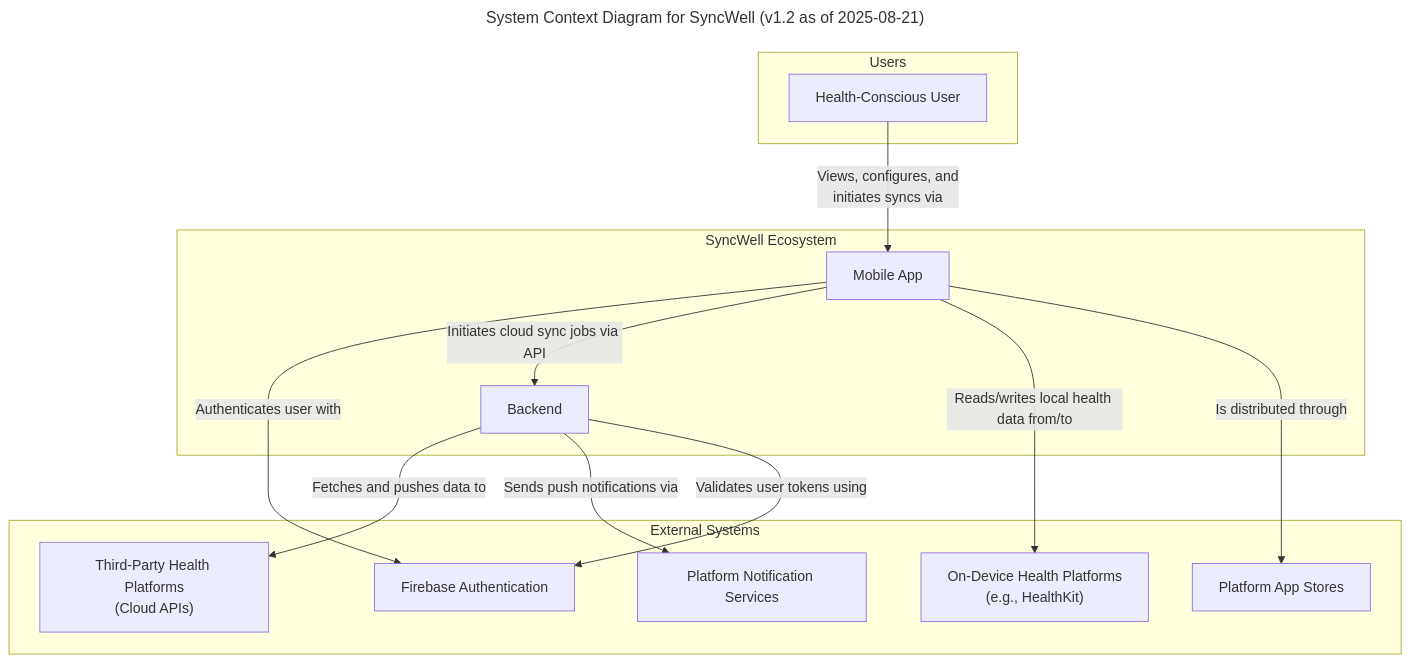
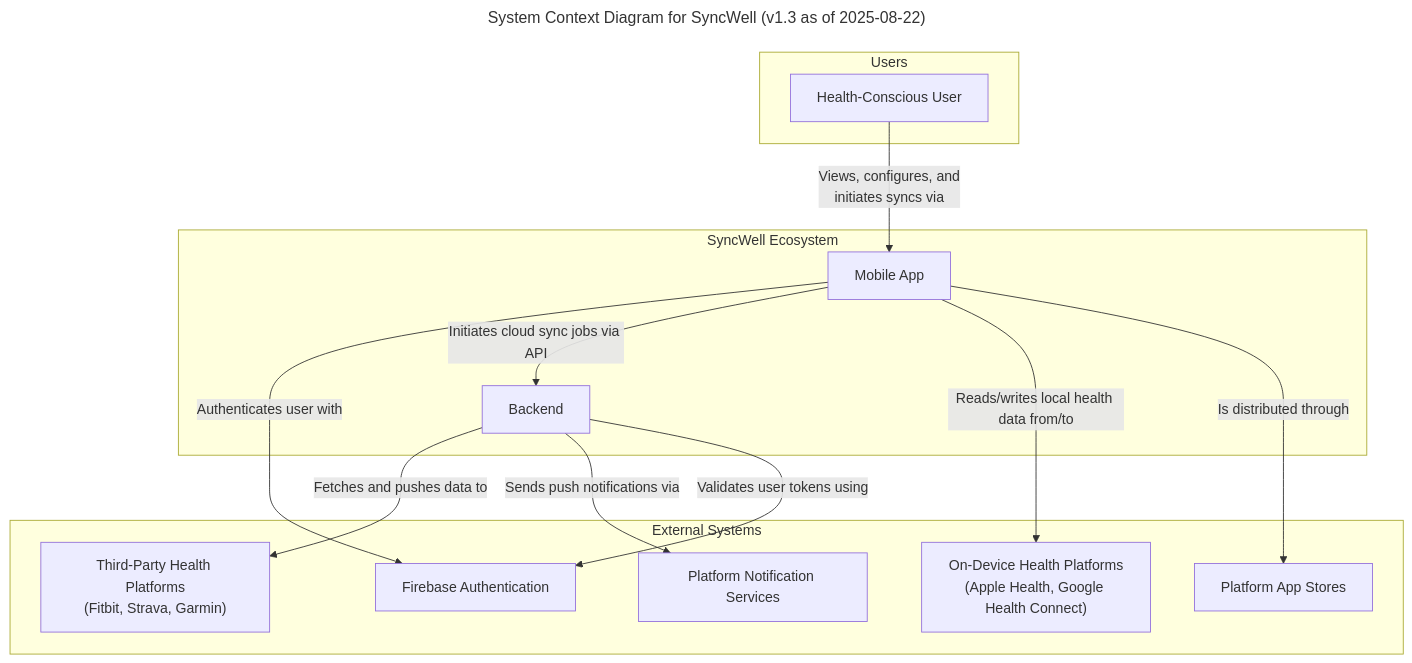
One commit to dino10bit/healthsync changed the fifth of 11 diagrams in docs/architecture/06-technical-architecture.md. Above: the diagram before and after it, drawn with Mermaid. The commit also changed other lines of this file and 35 other files, not shown here.

````diff
--- a/docs/architecture/06-technical-architecture.md
+++ b/docs/architecture/06-technical-architecture.md
@@ -985,31 +1034,31 @@
 ```mermaid
 ---
-title: "System Context Diagram for SyncWell (v1.2 as of 2025-08-21)"
+title: "System Context Diagram for SyncWell (v1.3 as of 2025-08-22)"
 ---
 graph TD
     subgraph SyncWell Ecosystem
         A[Mobile App]
         B[Backend]
     end
 
     subgraph Users
         C[Health-Conscious User]
     end
 
     subgraph External Systems
-        D["Third-Party Health Platforms<br>(Cloud APIs)"]
-        D2["On-Device Health Platforms<br>(e.g., HealthKit)"]
+        D["Third-Party Health Platforms<br>(Fitbit, Strava, Garmin)"]
+        D2["On-Device Health Platforms<br>(Apple Health, Google Health Connect)"]
         E[Platform App Stores]
         F[Platform Notification Services]
         G[Firebase Authentication]
     end
 
     C -- "Views, configures, and<br>initiates syncs via" --> A
     A -- "Authenticates user with" --> G
     A -- "Initiates cloud sync jobs via API" --> B
     A -- "Reads/writes local health data from/to" --> D2
     A -- "Is distributed through" --> E
     B -- "Fetches and pushes data to" --> D
     B -- "Sends push notifications via" --> F
     B -- "Validates user tokens using" --> G
 ```
````
